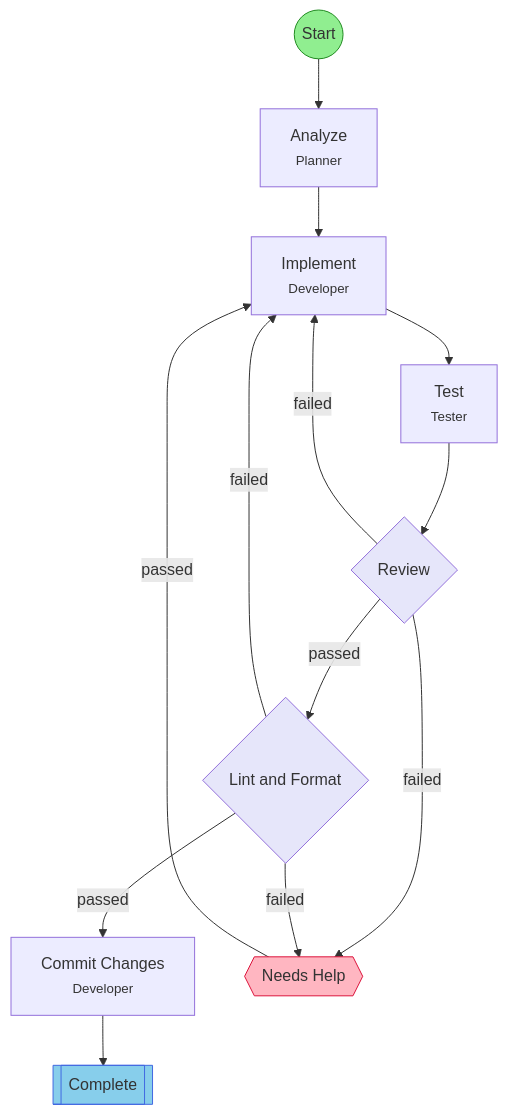
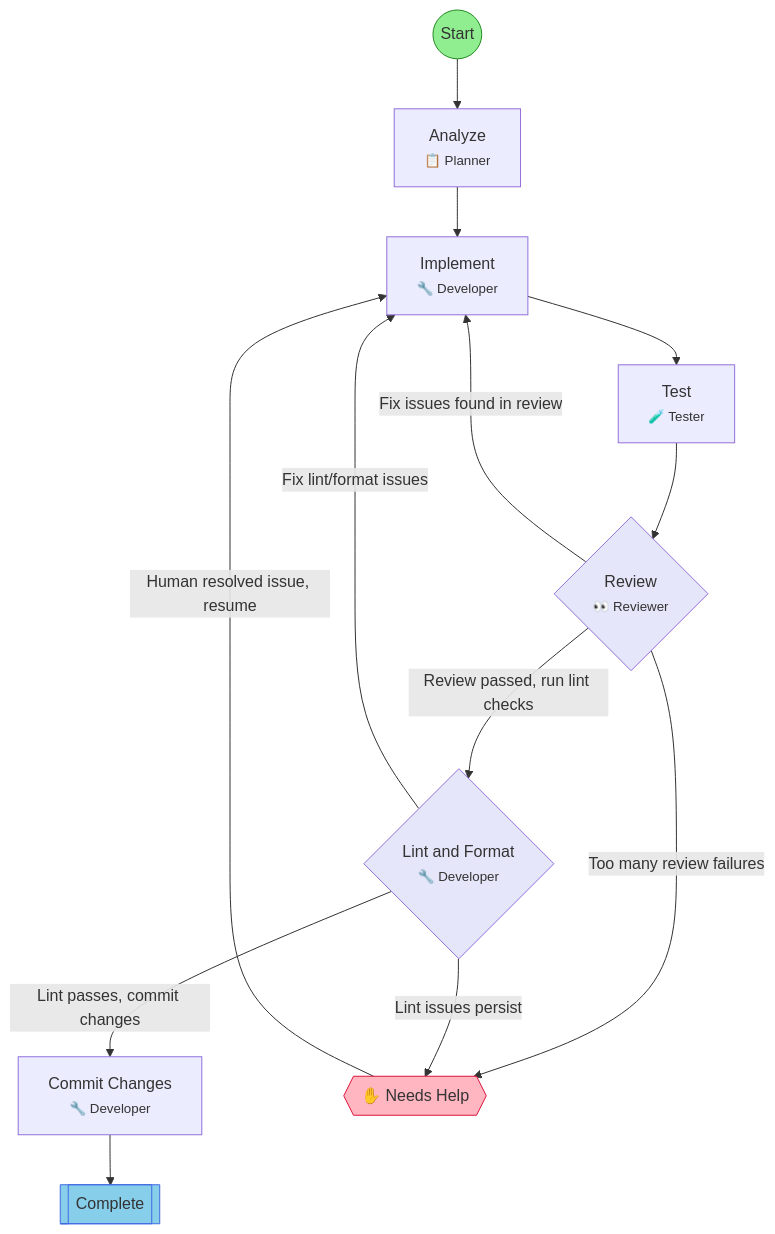
One commit to leclabs/agent-toolkit changed the diagram in .flow/diagrams/agile-task.md. Above: the diagram before and after it, drawn with Mermaid. The commit also changed other lines of this file and 34 other files, not shown here.

First line of the commit message:
feat: add emoji field to workflow schema and render in diagrams

````diff
--- a/.flow/diagrams/agile-task.md
+++ b/.flow/diagrams/agile-task.md
@@ -7,36 +7,36 @@
 ```mermaid
 flowchart TD
     start(("Start"))
-    analyze["Analyze<br/><small>Planner</small>"]
-    implement["Implement<br/><small>Developer</small>"]
-    test["Test<br/><small>Tester</small>"]
-    review{"Review"}
-    lint_format{"Lint and Format"}
-    commit["Commit Changes<br/><small>Developer</small>"]
+    analyze["Analyze<br/><small>📋 Planner</small>"]
+    implement["Implement<br/><small>🔧 Developer</small>"]
+    test["Test<br/><small>🧪 Tester</small>"]
+    review{"Review<br/><small>👀 Reviewer</small>"}
+    lint_format{"Lint and Format<br/><small>🔧 Developer</small>"}
+    commit["Commit Changes<br/><small>🔧 Developer</small>"]
     end_success[["Complete"]]
-    hitl_failed{{"Needs Help"}}
+    hitl_failed{{"✋ Needs Help"}}
 
     start --> analyze
     analyze --> implement
     implement --> test
     test --> review
-    review -->|failed| implement
-    review -->|failed| hitl_failed
-    review -->|passed| lint_format
-    lint_format -->|passed| commit
-    lint_format -->|failed| implement
-    lint_format -->|failed| hitl_failed
+    review -->|Fix issues found in review| implement
+    review -->|Too many review failures| hitl_failed
+    review -->|Review passed, run lint checks| lint_format
+    lint_format -->|Lint passes, commit changes| commit
+    lint_format -->|Fix lint/format issues| implement
+    lint_format -->|Lint issues persist| hitl_failed
     commit --> end_success
-    hitl_failed -->|passed| implement
+    hitl_failed -->|Human resolved issue, resume| implement
 
     classDef startStep fill:#90EE90,stroke:#228B22
     classDef successStep fill:#87CEEB,stroke:#4169E1
     classDef hitlStep fill:#FFB6C1,stroke:#DC143C
     classDef gateStep fill:#E6E6FA,stroke:#9370DB
     classDef forkJoinStep fill:#FFEAA7,stroke:#FDCB6E
     classDef currentStep fill:#FFD700,stroke:#FF8C00,stroke-width:3px
     class start startStep
     class end_success successStep
     class hitl_failed hitlStep
     class review,lint_format gateStep
 ```
````
